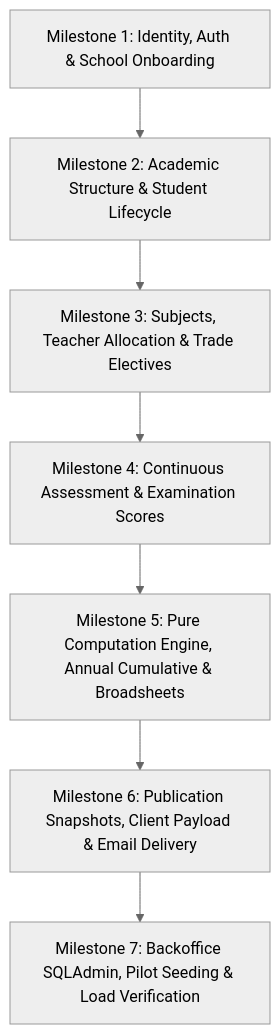
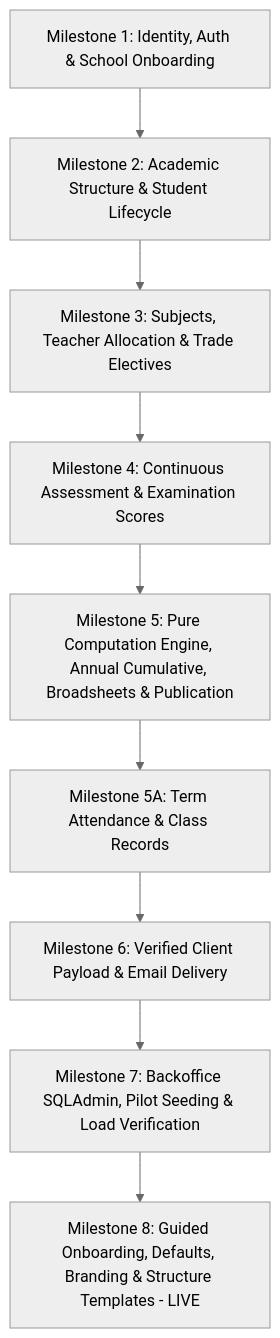
One commit to Dev-Eyitayo/Student-Portal changed the diagram in BACKEND_DEV_PLAN.md. Above: the diagram before and after it, drawn with Mermaid (neutral theme). The commit also changed other lines of this file and 35 other files, not shown here.

First line of the commit message:
feat: implement M5 computation engine, publication, and M8 guided onboarding

````diff
--- a/BACKEND_DEV_PLAN.md
+++ b/BACKEND_DEV_PLAN.md
@@ -40,9 +40,11 @@
 ```mermaid
 graph TD
     M1[Milestone 1: Identity, Auth & School Onboarding] --> M2[Milestone 2: Academic Structure & Student Lifecycle]
     M2 --> M3[Milestone 3: Subjects, Teacher Allocation & Trade Electives]
     M3 --> M4[Milestone 4: Continuous Assessment & Examination Scores]
-    M4 --> M5[Milestone 5: Pure Computation Engine, Annual Cumulative & Broadsheets]
-    M5 --> M6[Milestone 6: Publication Snapshots, Client Payload & Email Delivery]
+    M4 --> M5[Milestone 5: Pure Computation Engine, Annual Cumulative, Broadsheets & Publication]
+    M5 --> M5A[Milestone 5A: Term Attendance & Class Records]
+    M5A --> M6[Milestone 6: Verified Client Payload & Email Delivery]
     M6 --> M7[Milestone 7: Backoffice SQLAdmin, Pilot Seeding & Load Verification]
+    M7 --> M8[Milestone 8: Guided Onboarding, Defaults, Branding & Structure Templates - LIVE]
 ```
````
